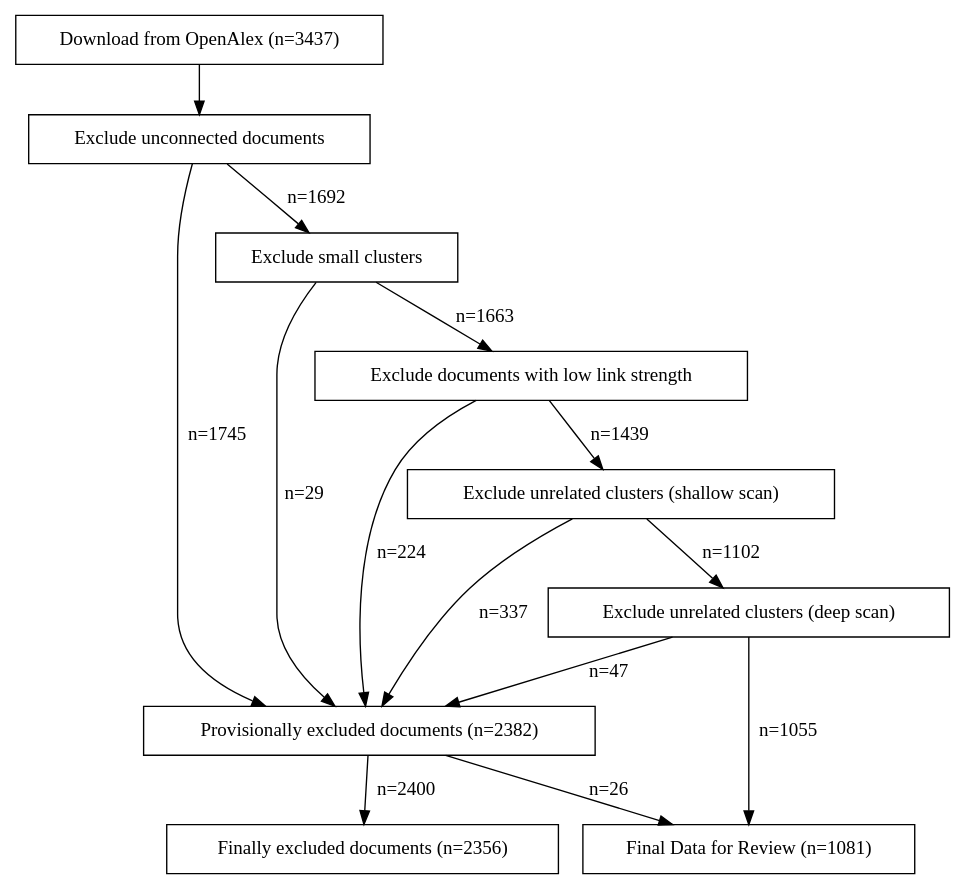
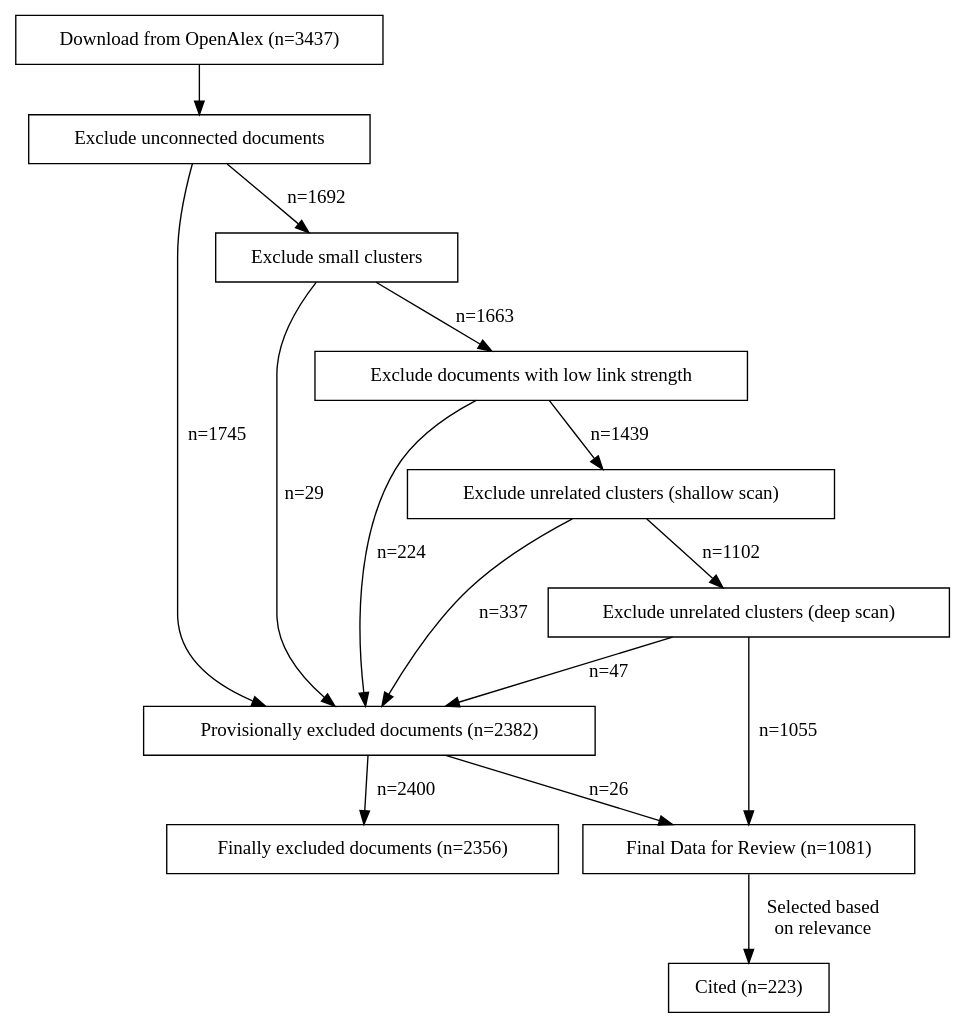
Before and after one commit to florianjehn/bibliometrics: the diagram in docs/flowchart.dot, drawn with Graphviz. The commit also changed 6 other files, not shown here.

```diff
--- a/docs/flowchart.dot
+++ b/docs/flowchart.dot
@@ -1,31 +1,32 @@
 digraph G {
     node [shape=box];
 
     load_data [label="Download from OpenAlex (n=3437)"];
     filter_unconnected_documents [label="Exclude unconnected documents"];
     filter_clusters [label="Exclude small clusters"];
     filter_low_links [label="Exclude documents with low link strength"];
     filter_unrelated_clusters [label="Exclude unrelated clusters (shallow scan)"];
     filter_unrelated_clusters_deep [label="Exclude unrelated clusters (deep scan)"];
     excluded_documents [label="Provisionally excluded documents (n=2382)"];
     final_excluded_documents [label="Finally excluded documents (n=2356)"];
     final_data [label="Final Data for Review (n=1081)"];
+    in_paper [label="Cited (n=223)"];
 
 
     load_data -> filter_unconnected_documents;
     filter_unconnected_documents -> filter_clusters [label="n=1692"];
     filter_unconnected_documents -> excluded_documents [label="n=1745"];
     filter_clusters -> filter_low_links [label="n=1663"];
     filter_low_links -> excluded_documents [label="n=224"];
     filter_low_links -> filter_unrelated_clusters [label="n=1439"];
     filter_unrelated_clusters -> excluded_documents [label="n=337"];
     filter_unrelated_clusters -> filter_unrelated_clusters_deep [label="n=1102"];
     filter_unrelated_clusters_deep -> excluded_documents [label="n=47"];
     filter_unrelated_clusters_deep -> final_data [label="n=1055"];
     filter_clusters -> excluded_documents [label="n=29"];
     excluded_documents -> final_excluded_documents [label="n=2400"];
     excluded_documents -> final_data [label="n=26"];
-
+    final_data -> in_paper [label="Selected based\non relevance"];
 
     
 }
```
